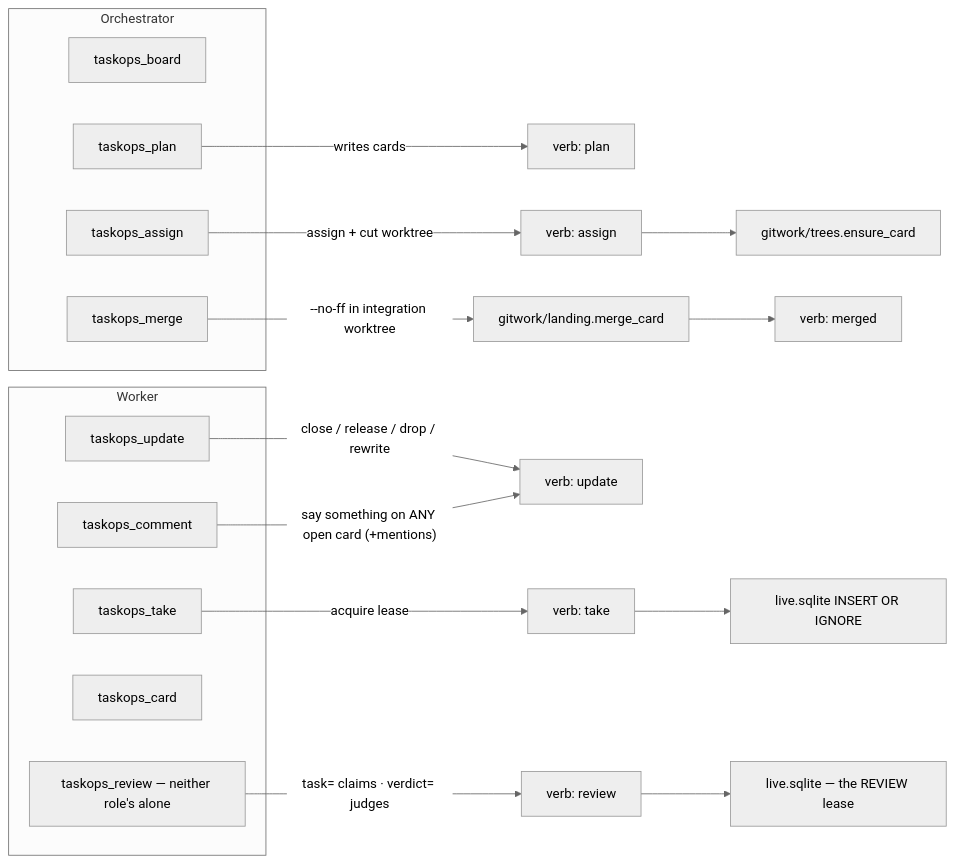
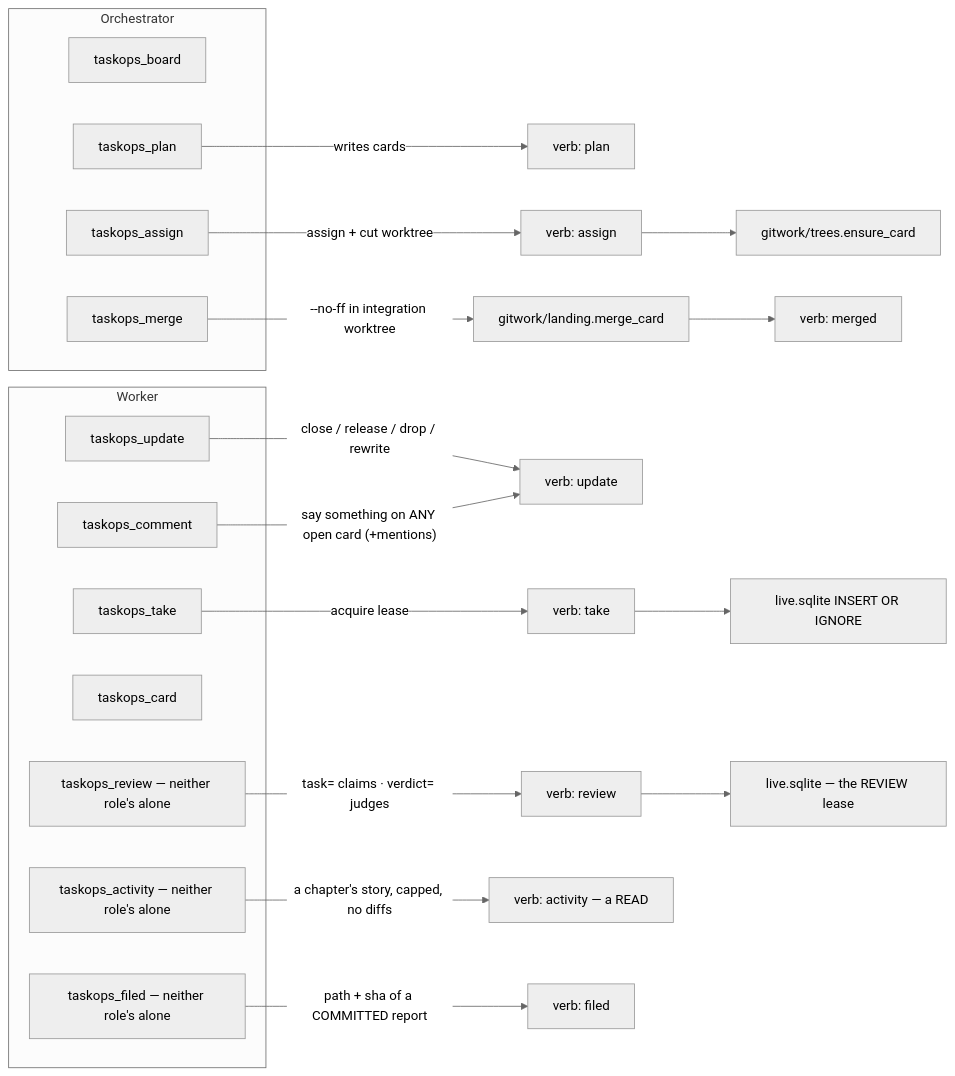
Before and after one commit to bernatch22/taskops: the fifth of 8 diagrams in ARCHITECTURE.md, drawn with Mermaid (neutral theme). The commit also changed other lines of this file and 10 other files, not shown here.

````diff
--- a/ARCHITECTURE.md
+++ b/ARCHITECTURE.md
@@ -629,23 +644,27 @@
 ```mermaid
 flowchart LR
     subgraph Orchestrator
         board_o["taskops_board"]
         plan_t["taskops_plan"]
         dispatch_t["taskops_assign"]
         merge_t["taskops_merge"]
     end
     subgraph Worker
         take_t["taskops_take"]
         update_t["taskops_update"]
         comment_t["taskops_comment"]
         card_t["taskops_card"]
         review_t["taskops_review — neither role's alone"]
+        activity_t["taskops_activity — neither role's alone"]
+        filed_t["taskops_filed — neither role's alone"]
     end
     plan_t -->|"writes cards"| verbP["verb: plan"]
     dispatch_t -->|"assign + cut worktree"| verbA["verb: assign"] --> gitA["gitwork/trees.ensure_card"]
     take_t -->|"acquire lease"| verbT["verb: take"] --> liveT["live.sqlite INSERT OR IGNORE"]
     update_t -->|"close / release / drop / rewrite"| verbU["verb: update"]
     comment_t -->|"say something on ANY open card (+mentions)"| verbU
     review_t -->|"task= claims · verdict= judges"| verbR["verb: review"] --> liveR["live.sqlite — the REVIEW lease"]
     merge_t -->|"--no-ff in integration worktree"| gitM["gitwork/landing.merge_card"] --> verbM["verb: merged"]
+    activity_t -->|"a chapter's story, capped, no diffs"| verbAc["verb: activity — a READ"]
+    filed_t -->|"path + sha of a COMMITTED report"| verbF["verb: filed"]
 ```
````
